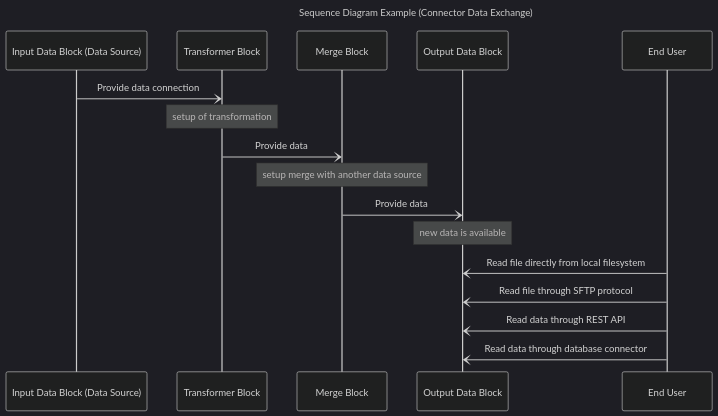
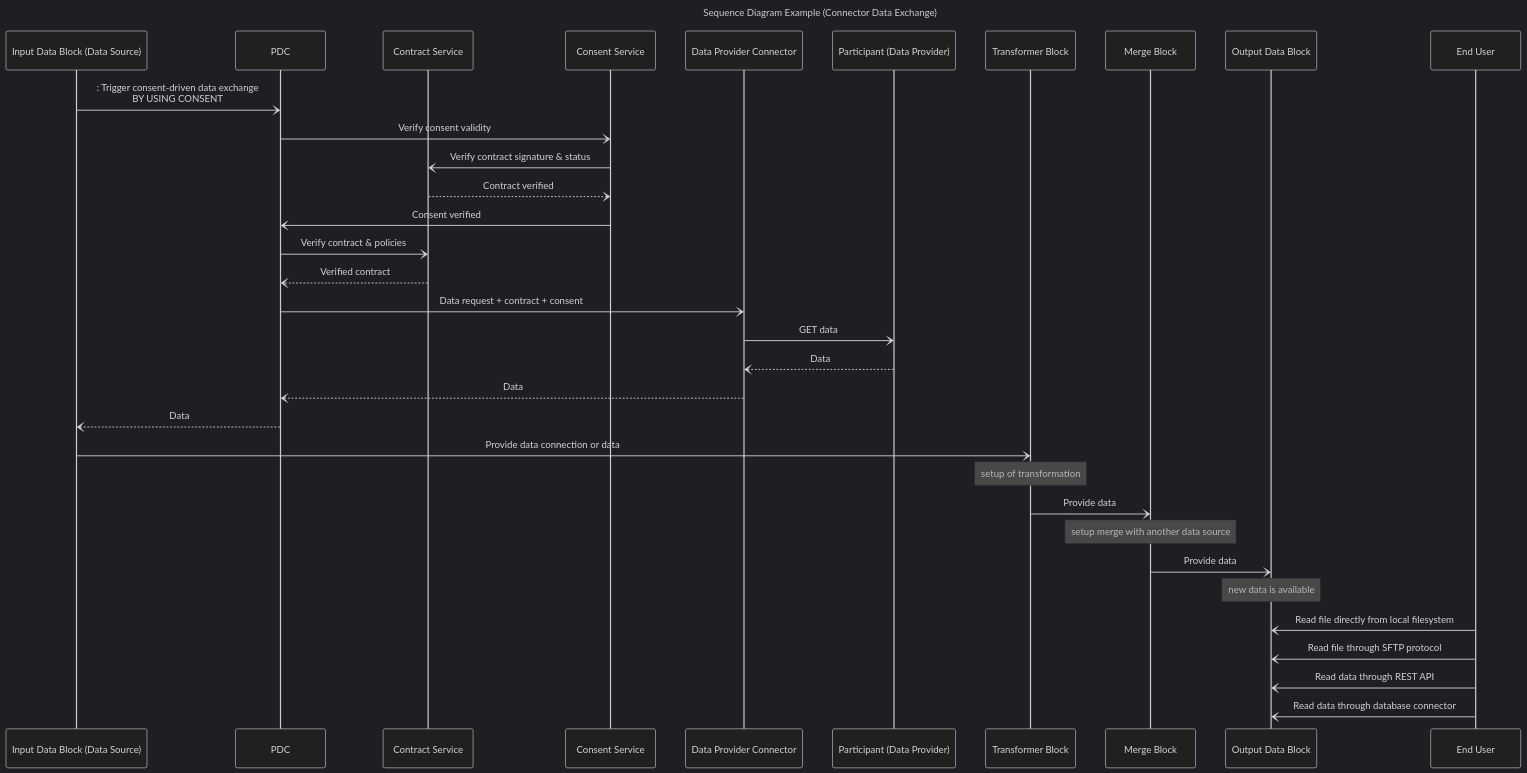
Before and after one commit to profenpoche/daav: the first of 3 diagrams in docs/design-document.md, drawn with Mermaid (dark theme). The commit also changed other lines of this file, not shown here.

````diff
--- a/docs/design-document.md
+++ b/docs/design-document.md
@@ -192,24 +173,40 @@
 ```mermaid
 ---
 title: Sequence Diagram Example (Connector Data Exchange)
 ---
 
 sequenceDiagram
     participant i1 as Input Data Block (Data Source)
+    participant ddvcon as PDC
+    participant con as Contract Service
+    participant cons as Consent Service
+    participant dpcon as Data Provider Connector
+    participant dp as Participant (Data Provider)
     participant i2 as Transformer Block
     participant i3 as Merge Block
     participant i4 as Output Data Block
-		participant enduser as End User
-
-    i1 -) i2: Provide data connection
-		Note over i2 : setup of transformation
+    participant enduser as End User
+    i1 -) ddvcon:: Trigger consent-driven data exchange<br>BY USING CONSENT 
+    ddvcon -) cons: Verify consent validity
+    cons -) con: Verify contract signature & status
+    con --) cons: Contract verified
+    cons -) ddvcon: Consent verified
+    ddvcon -) con: Verify contract & policies
+    con --) ddvcon: Verified contract
+    ddvcon -) dpcon: Data request + contract + consent
+    dpcon -) dp: GET data
+    dp --) dpcon: Data
+    dpcon --) ddvcon: Data
+    ddvcon --) i1: Data
+    i1 -) i2: Provide data connection or data
+    Note over i2 : setup of transformation
     i2 -) i3: Provide data
-  	Note over i3 : setup merge with another data source
+    Note over i3 : setup merge with another data source
     i3 -) i4: Provide data
     Note over i4 : new data is available
     enduser -) i4: Read file directly from local filesystem
     enduser -) i4: Read file through SFTP protocol
     enduser -) i4: Read data through REST API 
     enduser -) i4: Read data through database connector 
 
 ```
````
